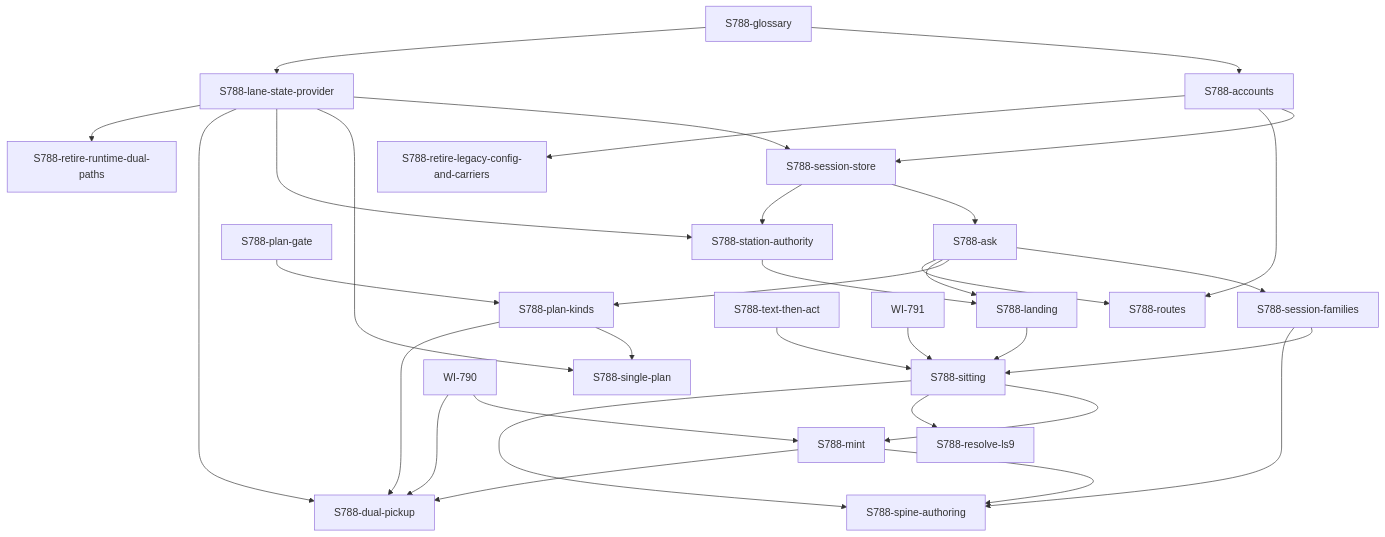
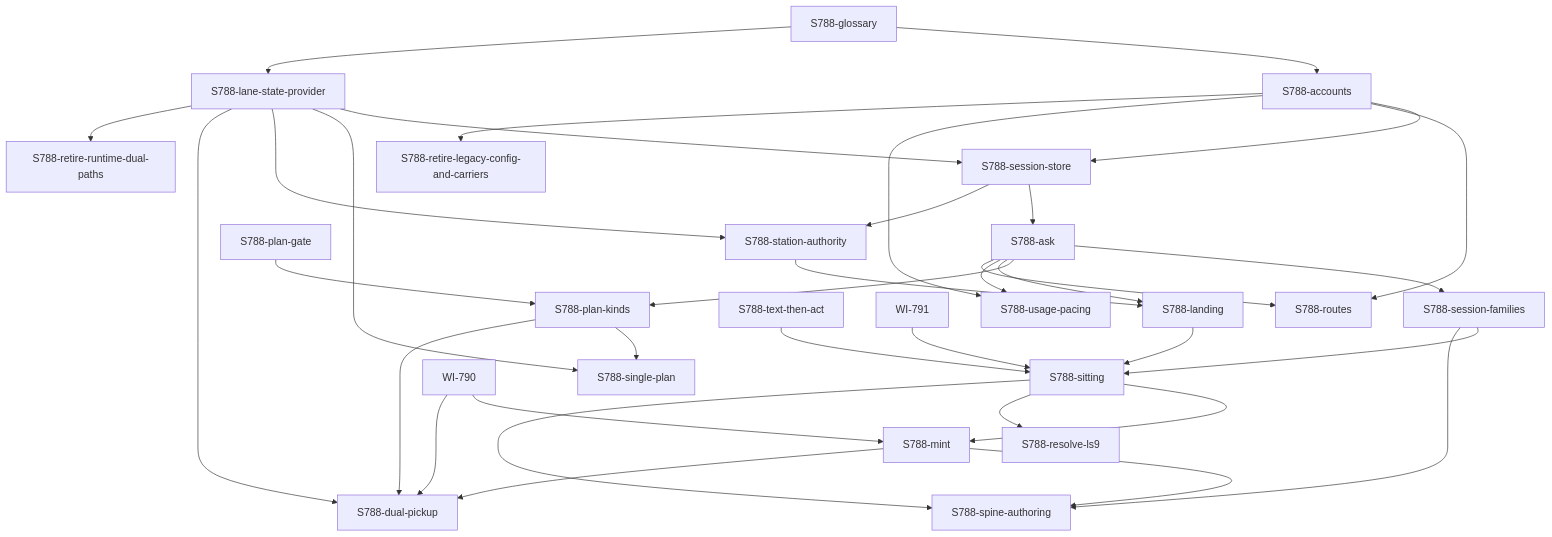
One commit to diytechy/ai-template changed the diagram in docs/plans/2026-10-04-wi788-design/README.md. Above: the diagram before and after it, drawn with Mermaid. The commit also changed other lines of this file and 4 other files, not shown here.

````diff
--- a/docs/plans/2026-10-04-wi788-design/README.md
+++ b/docs/plans/2026-10-04-wi788-design/README.md
@@ -254,35 +257,37 @@
 ```mermaid
 graph TD
   glossary[S788-glossary] --> accounts[S788-accounts]
   glossary --> provider[S788-lane-state-provider]
   accounts --> store[S788-session-store]
   provider --> store
   store --> ask[S788-ask]
   ask --> families[S788-session-families]
   gate[S788-plan-gate] --> kinds[S788-plan-kinds]
   ask --> kinds
   kinds --> single[S788-single-plan]
   provider --> single
   provider --> auth[S788-station-authority]
   store --> auth
   auth --> landing[S788-landing]
   ask --> landing
   landing --> sitting[S788-sitting]
   tta[S788-text-then-act] --> sitting
   families --> sitting
   WI791[WI-791] --> sitting
   sitting --> mint[S788-mint]
   WI790[WI-790] --> mint
   sitting --> resolve[S788-resolve-ls9]
   sitting --> spine[S788-spine-authoring]
   families --> spine
   mint --> spine
   kinds --> dual[S788-dual-pickup]
   provider --> dual
   mint --> dual
   WI790 --> dual
   accounts --> routes[S788-routes]
+  accounts --> pacing[S788-usage-pacing]
+  ask --> pacing
   ask --> routes
   provider --> rdp[S788-retire-runtime-dual-paths]
   accounts --> rlc[S788-retire-legacy-config-and-carriers]
 ```
````
